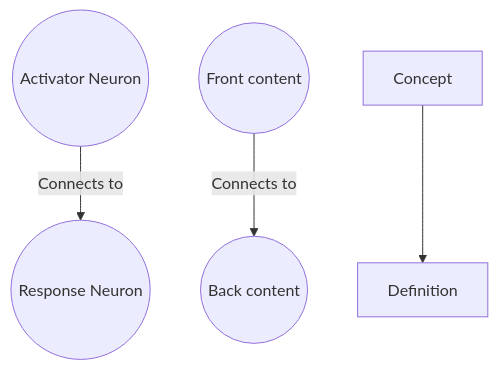
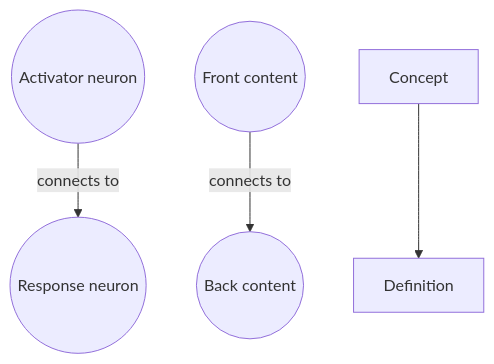
One commit to WeirdCatAFK/Flashback changed the first of 8 diagrams in src/mcp/skills/flashback-cards/SKILL.md. Above: the diagram before and after it, drawn with Mermaid. The commit also changed other lines of this file and 3 other files, not shown here.

````diff
--- a/src/mcp/skills/flashback-cards/SKILL.md
+++ b/src/mcp/skills/flashback-cards/SKILL.md
@@ -138,6 +166,6 @@
 ```mermaid
 graph TD
-  A((Activator Neuron)) -->|Connects to| B((Response Neuron))
-  C((Front content)) -->|Connects to| D((Back content))
+  A((Activator neuron)) -->|connects to| B((Response neuron))
+  C((Front content)) -->|connects to| D((Back content))
   Concept --> Definition
 ```
````
